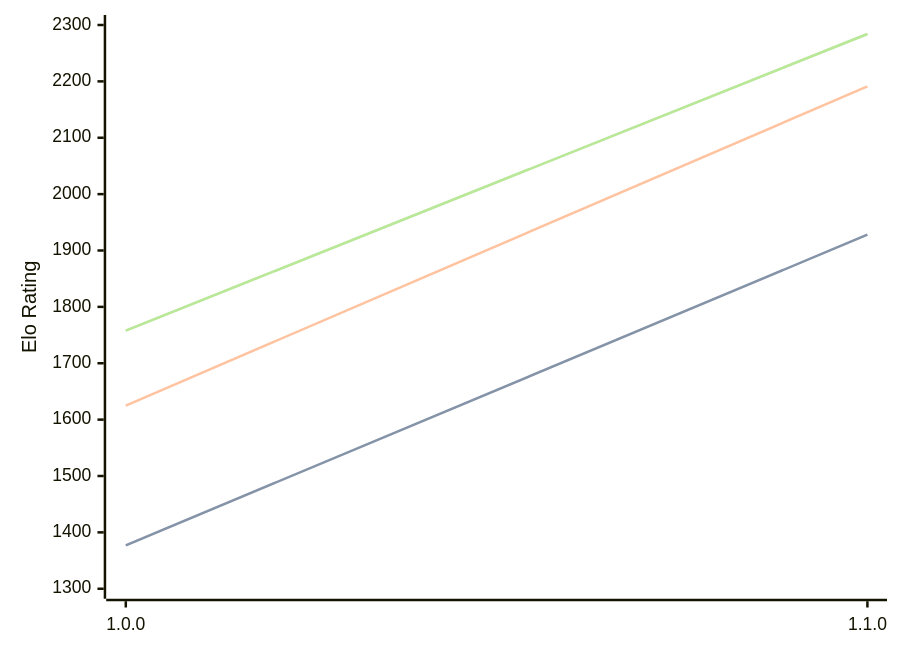
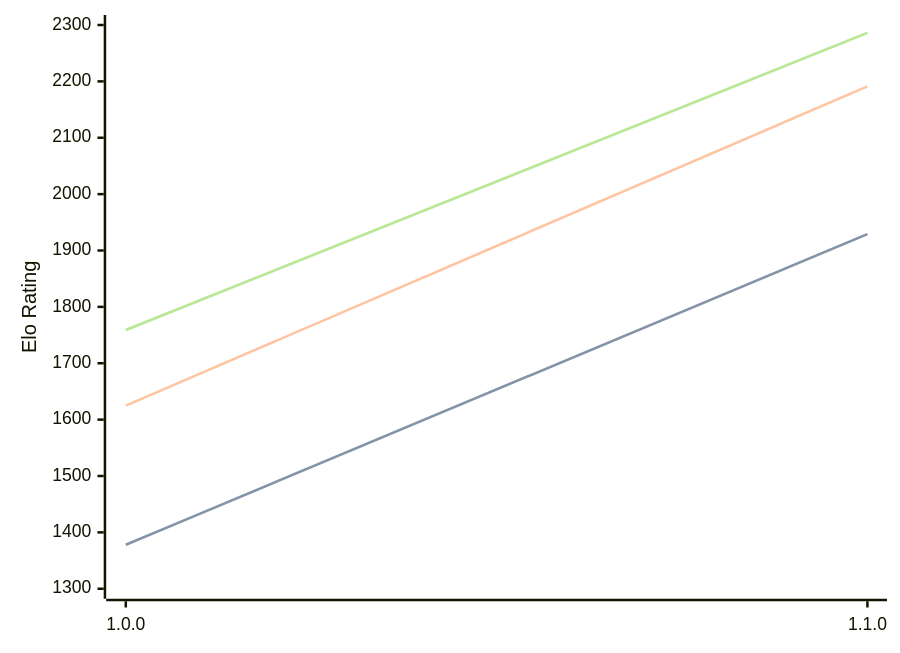
The diagram in engines/Akerbeltz.md (computer-chess-index/cci), drawn with Mermaid before and after one commit. The commit also changed other lines of this file, not shown here.

Commit message:
Update CCI Ratings (ELO VLTC) - 2026-08-15

````diff
--- a/engines/Akerbeltz.md
+++ b/engines/Akerbeltz.md
@@ -32,11 +32,11 @@
 ```mermaid
 %%{init: {"theme":"base","themeVariables":{"seriesColors:['#a3a3a3','#222221','#faa371']}}}%%
 xychart-beta
   x-axis ["1.0.0", "1.1.0"]
   y-axis "Elo Rating" 1300 --> 2300
-  line "STC (8.0+0.08s)" [1377, 1928]
-  line "STC (8.0+0.08s)" [1377, 1928]
+  line "STC (8.0+0.08s)" [1378, 1929]
+  line "STC (8.0+0.08s)" [1378, 1929]
   line "LTC (60.0+0.60s)" [1625, 2191]
-  line "VLTC (2m24s+1.12s)" [1758, 2284]
-  line "VLTC (2m24s+1.12s)" [1758, 2284]
+  line "VLTC (2m24s+1.12s)" [1759, 2286]
+  line "VLTC (2m24s+1.12s)" [1759, 2286]
 ```
````
